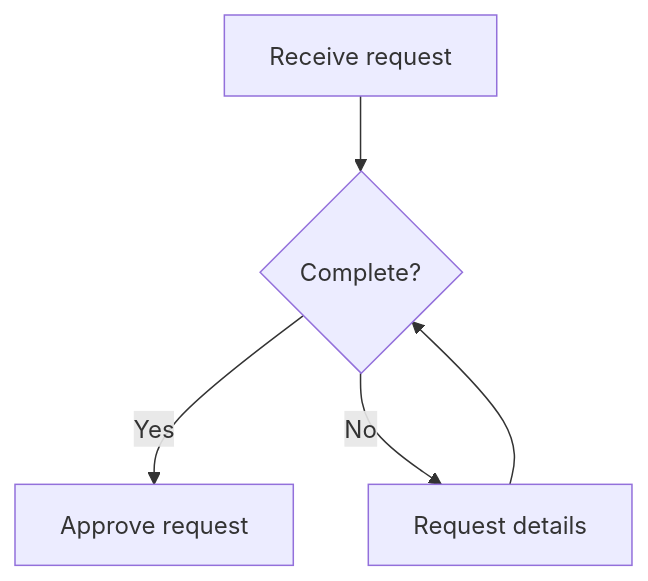
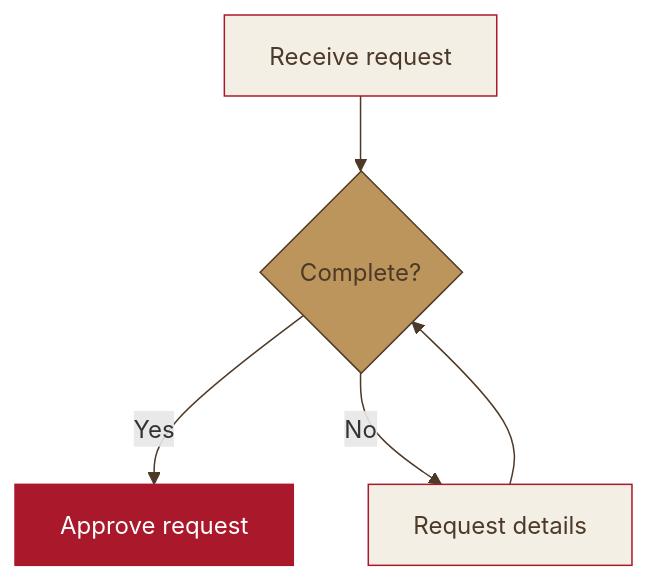
Before and after one commit to joost-heijden/open-webui-plugins: the diagram in native-visualizer/examples/process.mmd, drawn with Mermaid. The commit also changed 4 other files, not shown here.

```diff
--- a/native-visualizer/examples/process.mmd
+++ b/native-visualizer/examples/process.mmd
@@ -1,5 +1,12 @@
 flowchart TD
     request["Receive request"] --> complete{"Complete?"}
     complete -->|Yes| approve["Approve request"]
     complete -->|No| details["Request details"]
     details --> complete
+    classDef standard fill:#F3EFE5,stroke:#AA182C,color:#4D3928
+    classDef decision fill:#BC955C,stroke:#4D3928,color:#4D3928
+    classDef highlight fill:#AA182C,stroke:#AA182C,color:#FFFFFF
+    class request,details standard
+    class complete decision
+    class approve highlight
+    linkStyle default stroke:#4D3928
```
